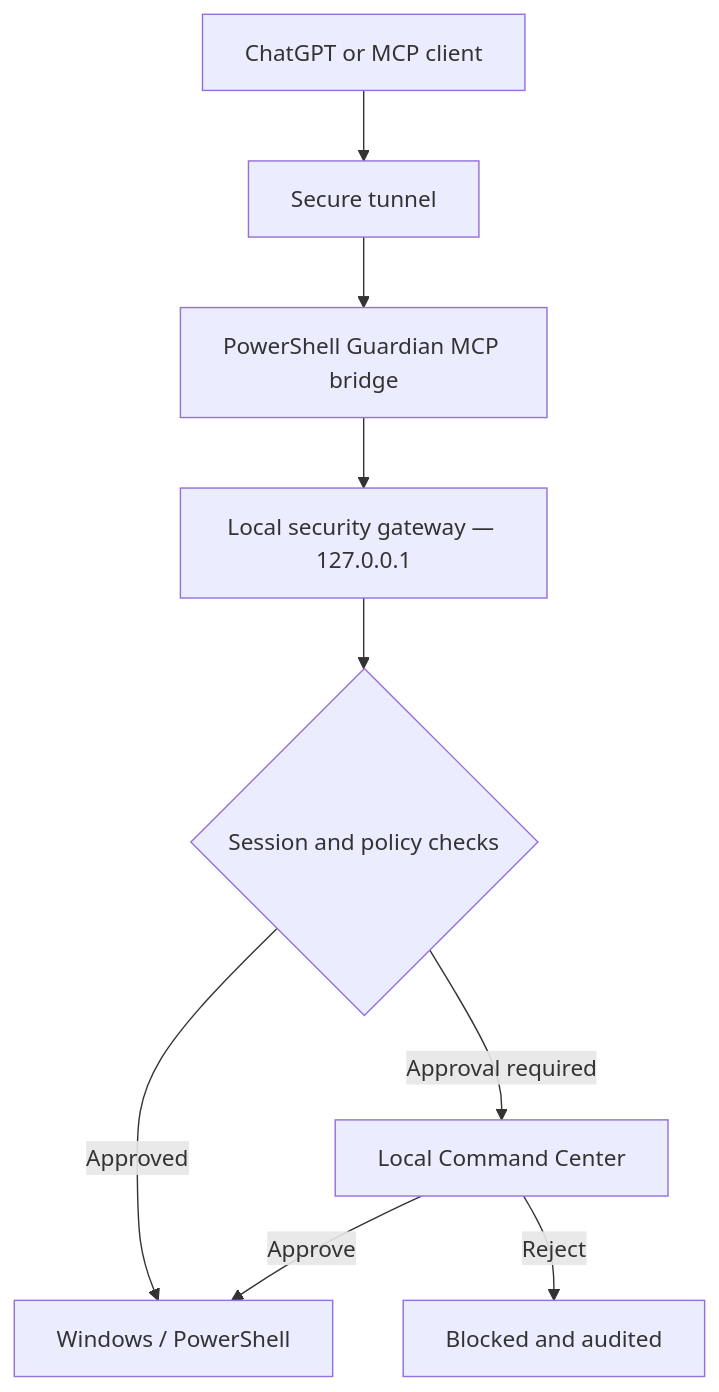
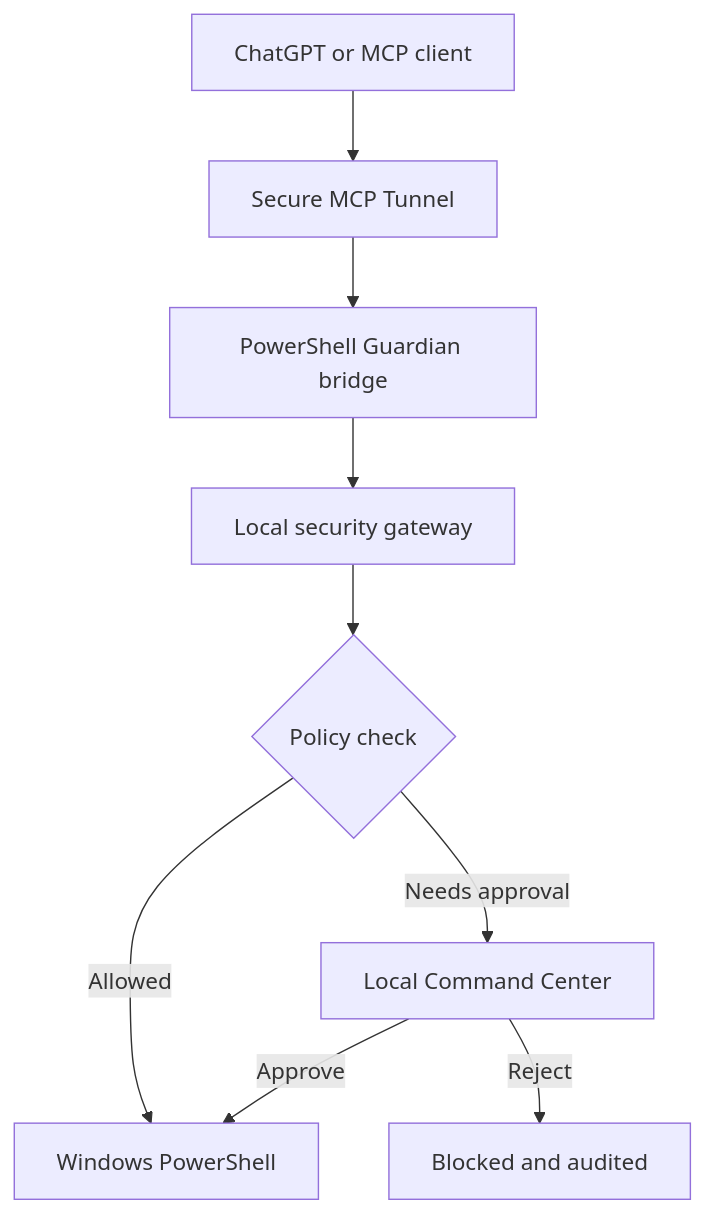
The diagram in README.md (CaptainVid/PowerShellGuardian), drawn with Mermaid before and after one commit. The commit also changed other lines of this file, not shown here.

````diff
--- a/README.md
+++ b/README.md
@@ -49,11 +49,11 @@
 ```mermaid
-flowchart TD
-    AI["ChatGPT or MCP client"] --> TUNNEL["Secure tunnel"]
-    TUNNEL --> BRIDGE["PowerShell Guardian MCP bridge"]
-    BRIDGE --> GATEWAY["Local security gateway — 127.0.0.1"]
-    GATEWAY --> POLICY{"Session and policy checks"}
-    POLICY -->|Approved| WINDOWS["Windows / PowerShell"]
-    POLICY -->|Approval required| USER["Local Command Center"]
-    USER -->|Approve| WINDOWS
-    USER -->|Reject| BLOCKED["Blocked and audited"]
+graph TD;
+    A[ChatGPT or MCP client] --> B[Secure MCP Tunnel];
+    B --> C[PowerShell Guardian bridge];
+    C --> D[Local security gateway];
+    D --> E{Policy check};
+    E -->|Allowed| F[Windows PowerShell];
+    E -->|Needs approval| G[Local Command Center];
+    G -->|Approve| F;
+    G -->|Reject| H[Blocked and audited];
 ```
````
